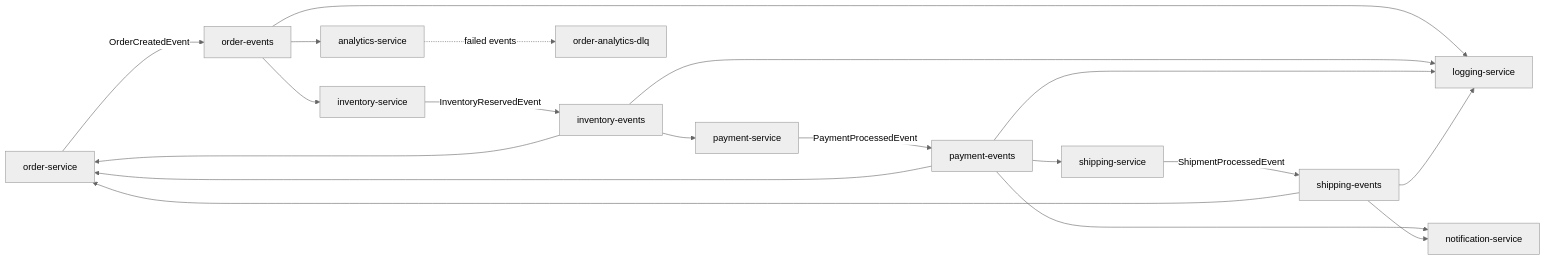
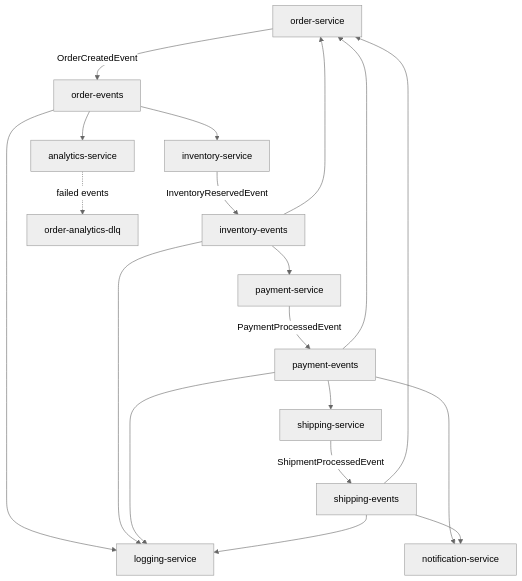
One commit to zexxitywave/EventDrivenMesh changed the second of 3 diagrams in README.md. Above: the diagram before and after it, drawn with Mermaid (neutral theme).

Commit message:
docs(readme): orient HLD architecture diagram top to bottom

````diff
--- a/README.md
+++ b/README.md
@@ -209,25 +209,25 @@
 ```mermaid
-flowchart LR
+flowchart TB
     ORS[order-service] -->|OrderCreatedEvent| TE[order-events]
     TE --> INVS[inventory-service]
     TE --> ANS[analytics-service]
     TE --> LGS[logging-service]
 
     INVS -->|InventoryReservedEvent| IE[inventory-events]
     IE --> ORS
     IE --> PYS[payment-service]
     IE --> LGS
 
     PYS -->|PaymentProcessedEvent| PE[payment-events]
     PE --> ORS
     PE --> SHS[shipping-service]
     PE --> NTS[notification-service]
     PE --> LGS
 
     SHS -->|ShipmentProcessedEvent| SE[shipping-events]
     SE --> ORS
     SE --> NTS
     SE --> LGS
 
     ANS -.failed events.-> DLQ[order-analytics-dlq]
 ```
````
